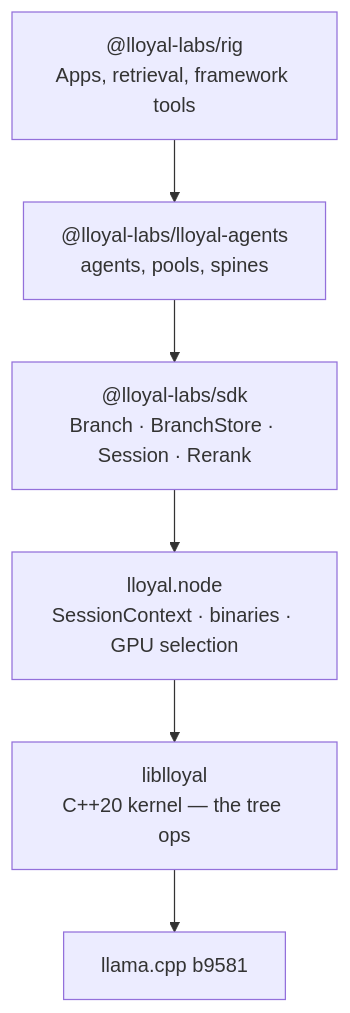
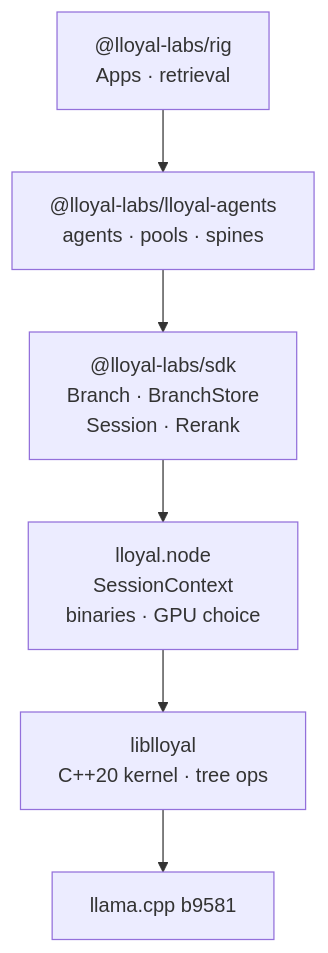
One commit to lloyal-ai/lloyal.node changed the diagram in README.md. Above: the diagram before and after it, drawn with Mermaid.

Commit message:
docs(readme): stop the layer diagram clipping its labels
Rendered it: mermaid did not widen the boxes to fit, so 'Branch · BranchStore
· Session · Rerank' and 'SessionContext · binaries · GPU selection' were cut
mid-word. Split across more <br/> lines, none longer than the shortest label
that rendered whole.

````diff
--- a/README.md
+++ b/README.md
@@ -84,8 +84,8 @@
 ```mermaid
 flowchart TD
-    A["@lloyal-labs/rig<br/>Apps, retrieval, framework tools"] --> B["@lloyal-labs/lloyal-agents<br/>agents, pools, spines"]
-    B --> C["@lloyal-labs/sdk<br/>Branch · BranchStore · Session · Rerank"]
-    C --> D["lloyal.node<br/>SessionContext · binaries · GPU selection"]
-    D --> E["liblloyal<br/>C++20 kernel — the tree ops"]
+    A["@lloyal-labs/rig<br/>Apps · retrieval"] --> B["@lloyal-labs/lloyal-agents<br/>agents · pools · spines"]
+    B --> C["@lloyal-labs/sdk<br/>Branch · BranchStore<br/>Session · Rerank"]
+    C --> D["lloyal.node<br/>SessionContext<br/>binaries · GPU choice"]
+    D --> E["liblloyal<br/>C++20 kernel · tree ops"]
     E --> F["llama.cpp b9581"]
 ```
````
